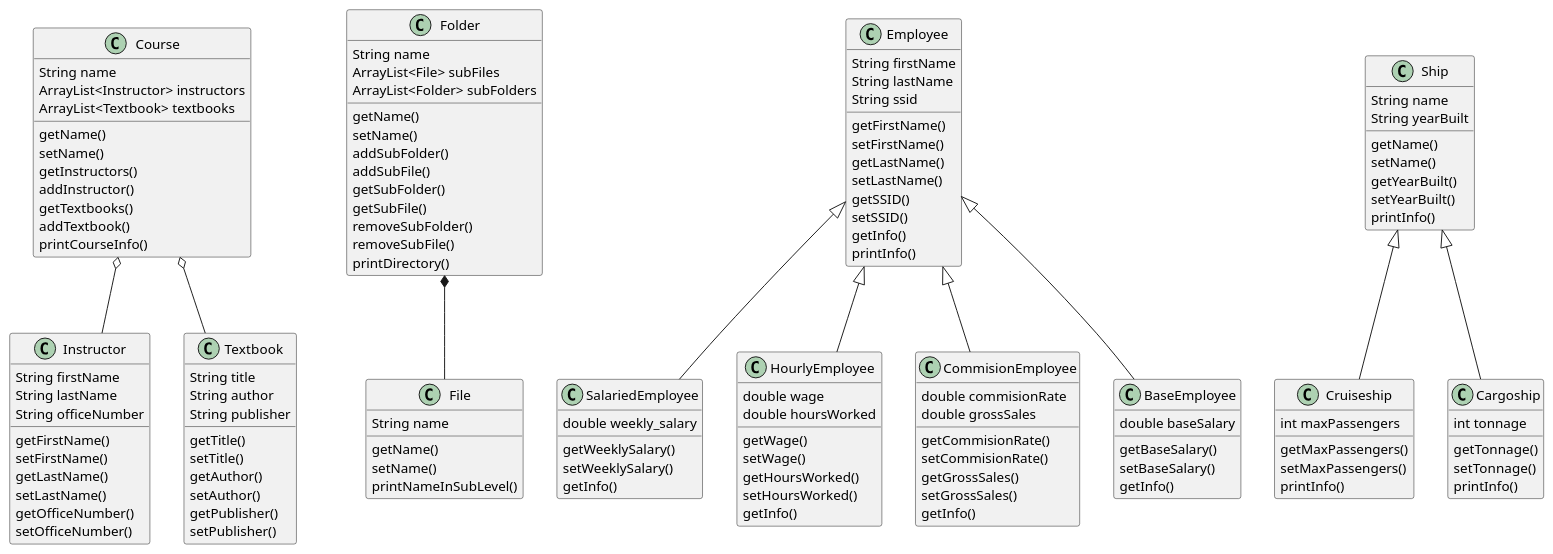
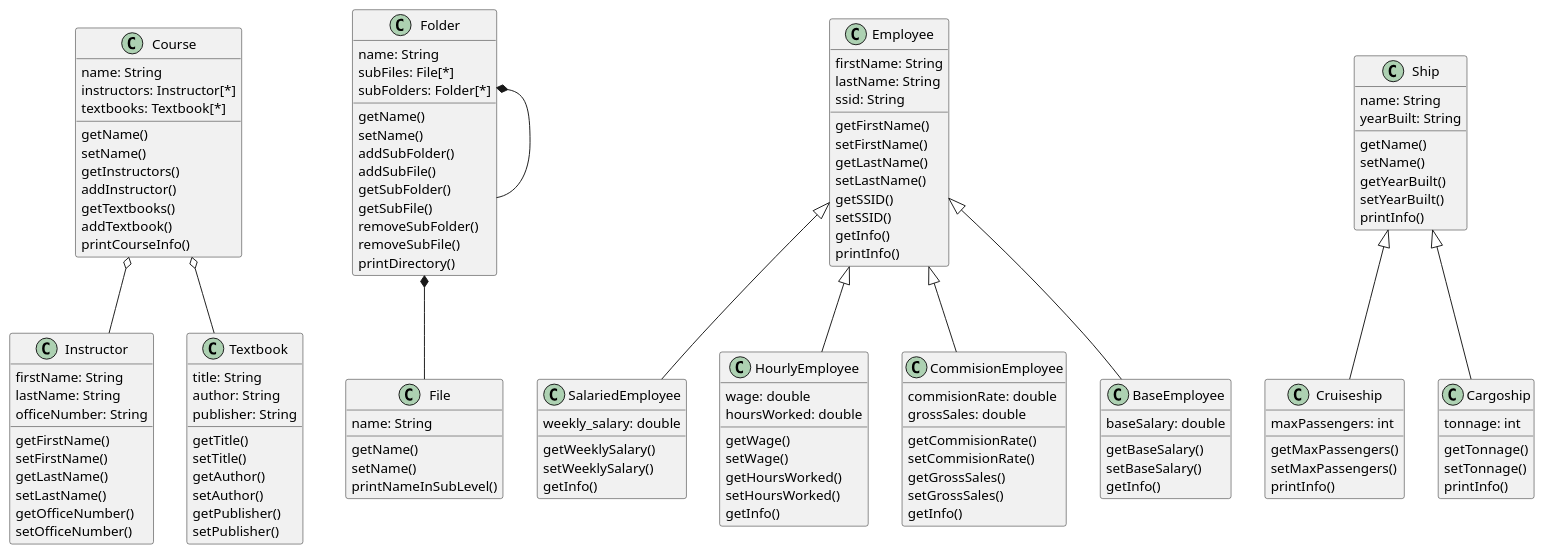
Before and after one commit to Lex-ari/CS4800-Projects: the diagram in src/Homework_3/HW3_Class_Diagrams.puml, drawn with PlantUML. The commit also changed 1 other file, not shown here.

```diff
--- a/src/Homework_3/HW3_Class_Diagrams.puml
+++ b/src/Homework_3/HW3_Class_Diagrams.puml
@@ -1,147 +1,148 @@
 @startuml
 
 class Course {
-String name
-ArrayList<Instructor> instructors
-ArrayList<Textbook> textbooks
+name: String
+instructors: Instructor[*]
+textbooks: Textbook[*]
 getName()
 setName()
 getInstructors()
 addInstructor()
 getTextbooks()
 addTextbook()
 printCourseInfo()
 }
 
 class Instructor{
-String firstName
-String lastName
-String officeNumber
+firstName: String
+lastName: String
+officeNumber: String
 getFirstName()
 setFirstName()
 getLastName()
 setLastName()
 getOfficeNumber()
 setOfficeNumber()
 }
 
 class Textbook{
-String title
-String author
-String publisher
+title: String
+author: String
+publisher: String
 getTitle()
 setTitle()
 getAuthor()
 setAuthor()
 getPublisher()
 setPublisher()
 }
 
 Course o-- Instructor
 Course o-- Textbook
 
 class Folder{
-String name
-ArrayList<File> subFiles
-ArrayList<Folder> subFolders
+name: String
+subFiles: File[*]
+subFolders: Folder[*]
 
 getName()
 setName()
 addSubFolder()
 addSubFile()
 getSubFolder()
 getSubFile()
 removeSubFolder()
 removeSubFile()
 printDirectory()
 }
 
 class File{
-String name
+name: String
 getName()
 setName()
 printNameInSubLevel()
 }
 
 Folder *-- File
+Folder *-- Folder
 
 class Employee{
-String firstName
-String lastName
-String ssid
+firstName: String
+lastName: String
+ssid: String
 getFirstName()
 setFirstName()
 getLastName()
 setLastName()
 getSSID()
 setSSID()
 getInfo()
 printInfo()
 }
 
 class SalariedEmployee{
-double weekly_salary
+weekly_salary: double
 getWeeklySalary()
 setWeeklySalary()
 getInfo()
 }
 
 class HourlyEmployee{
-double wage
-double hoursWorked
+wage: double
+hoursWorked: double
 getWage()
 setWage()
 getHoursWorked()
 setHoursWorked()
 getInfo()
 }
 
 class CommisionEmployee{
-double commisionRate
-double grossSales
+commisionRate: double
+grossSales: double
 getCommisionRate()
 setCommisionRate()
 getGrossSales()
 setGrossSales()
 getInfo()
 }
 
 class BaseEmployee {
-double baseSalary
+baseSalary: double
 getBaseSalary()
 setBaseSalary()
 getInfo()
 }
 
 Employee <|-- SalariedEmployee
 Employee <|-- HourlyEmployee
 Employee <|-- CommisionEmployee
 Employee <|-- BaseEmployee
 
 class Ship {
-String name
-String yearBuilt
+name: String
+yearBuilt: String
 getName()
 setName()
 getYearBuilt()
 setYearBuilt()
 printInfo()
 }
 
 class Cruiseship{
-int maxPassengers
+maxPassengers: int
 getMaxPassengers()
 setMaxPassengers()
 printInfo()
 }
 
 class Cargoship{
-int tonnage
+tonnage: int
 getTonnage()
 setTonnage()
 printInfo()
 }
 Ship <|-- Cruiseship
 Ship <|-- Cargoship
 
 @enduml
```
